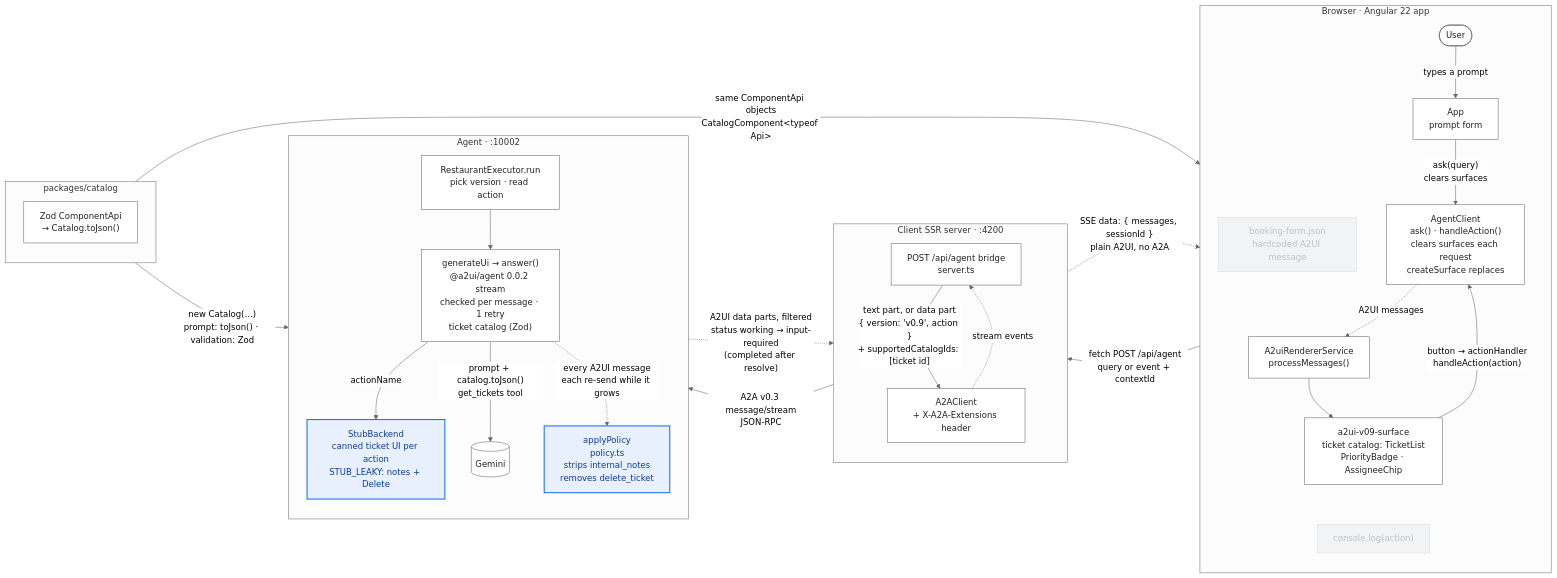
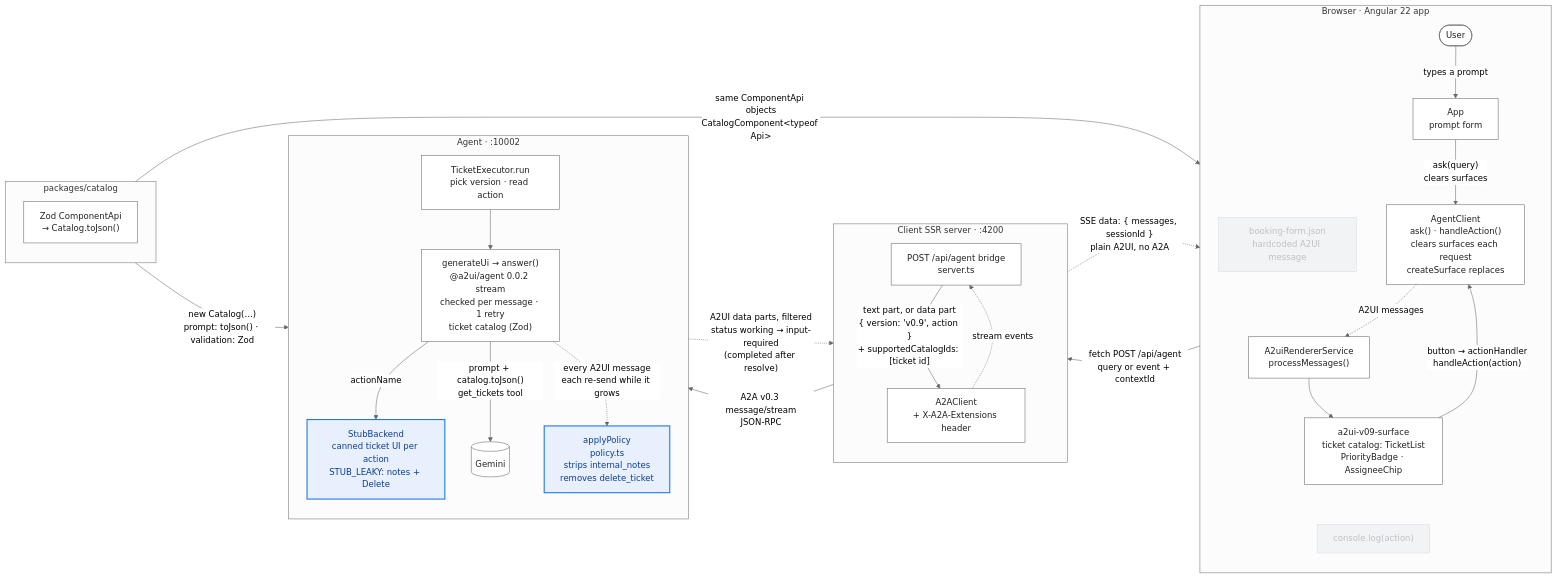
One commit to giorgiogalassi/talk-a2ui changed the fifth of 5 diagrams in demo/FLOW.md. Above: the diagram before and after it, drawn with Mermaid (neutral theme). The commit also changed other lines of this file and 11 other files, not shown here.

First line of the commit message:
demo: rename RestaurantExecutor to TicketExecutor; remove restaurant-sample leftovers (#17)

````diff
--- a/demo/FLOW.md
+++ b/demo/FLOW.md
@@ -301,59 +305,59 @@
 ```mermaid
 flowchart LR
   subgraph B["Browser · Angular 22 app"]
     direction TB
     U(["User"])
     APP["App<br/>prompt form"]
     HC["booking-form.json<br/>hardcoded A2UI message"]
     AC["AgentClient<br/>ask() · handleAction()<br/>clears surfaces each request<br/>createSurface replaces"]
     R["A2uiRendererService<br/>processMessages()"]
     S["a2ui-v09-surface<br/>ticket catalog: TicketList<br/>PriorityBadge · AssigneeChip"]
     LOG["console.log(action)"]
   end
   subgraph SV["Client SSR server · :4200"]
     direction TB
     BR["POST /api/agent bridge<br/>server.ts"]
     AX["A2AClient<br/>+ X-A2A-Extensions header"]
   end
   subgraph AG["Agent · :10002"]
     direction TB
-    EX["RestaurantExecutor.run<br/>pick version · read action"]
+    EX["TicketExecutor.run<br/>pick version · read action"]
     GEN["generateUi → answer()<br/>@a2ui/agent 0.0.2 stream<br/>checked per message · 1 retry<br/>ticket catalog (Zod)"]
     STUB["StubBackend<br/>canned ticket UI per action<br/>STUB_LEAKY: notes + Delete"]
     LLM[("Gemini")]
     POL["applyPolicy<br/>policy.ts<br/>strips internal_notes<br/>removes delete_ticket"]
   end
   subgraph PK["packages/catalog"]
     direction TB
     CAT["Zod ComponentApi<br/>→ Catalog.toJson()"]
   end
 
   U -->|"types a prompt"| APP
   APP -->|"ask(query)<br/>clears surfaces"| AC
   HC ~~~ R
   AC -->|"fetch POST /api/agent<br/>query or event + contextId"| BR
   BR -->|"text part, or data part<br/>{ version: 'v0.9', action }<br/>+ supportedCatalogIds: [ticket id]"| AX
   AX -->|"A2A v0.3 message/stream<br/>JSON-RPC"| EX
   EX --> GEN
   GEN -->|"actionName"| STUB
   GEN -->|"prompt + catalog.toJson()<br/>get_tickets tool"| LLM
   GEN ~~~ AX
   AX -.->|"stream events"| BR
   BR -.->|"SSE data: { messages, sessionId }<br/>plain A2UI, no A2A"| AC
   AC -.->|"A2UI messages"| R
   R --> S
   S -->|"button → actionHandler<br/>handleAction(action)"| AC
   S ~~~ LOG
   GEN -.->|"every A2UI message<br/>each re-send while it grows"| POL
   POL -.->|"A2UI data parts, filtered<br/>status working → input-required<br/>(completed after resolve)"| AX
   CAT -->|"new Catalog(…)<br/>prompt: toJson() · validation: Zod"| GEN
   CAT -->|"same ComponentApi objects<br/>CatalogComponent#60;typeof Api#62;"| S
 
   classDef todo fill:none,stroke:#9aa0a6,stroke-dasharray:4 3,color:#9aa0a6
   classDef new fill:#e8f0fe,stroke:#1a73e8,stroke-width:2px,color:#0b3d91
   classDef done fill:#ffffff,stroke:#5f6368,color:#202124
   classDef gone fill:#f1f3f4,stroke:#dadce0,color:#bdc1c6
   class POL,STUB new
   class U,APP,AC,BR,AX,EX,GEN,LLM,R,S,CAT done
   class HC,LOG gone
 ```
````
